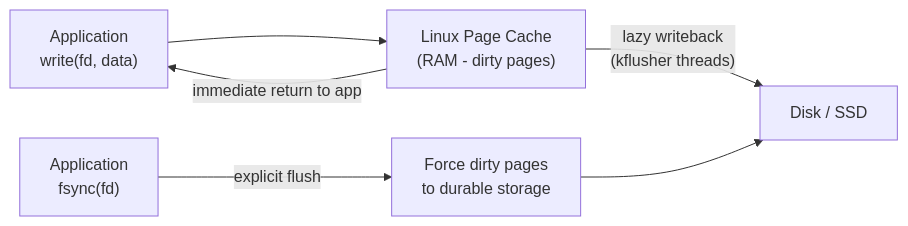
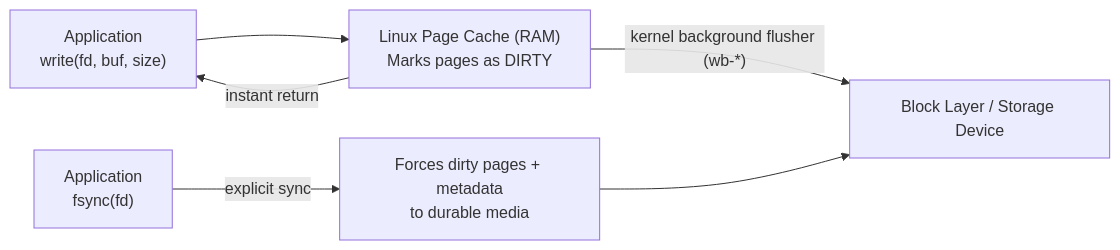
Diagram 14 of 16 in Backend-engineering/2-Communication-patterns/2-Async-and-Sync-Execution/1.Async-Sync-Execution.md (Patel-Neel-346/Notes), drawn with Mermaid before and after one commit. The commit also changed other lines of this file and 1 other file, not shown here.

````diff
--- a/Backend-engineering/2-Communication-patterns/2-Async-and-Sync-Execution/1.Async-Sync-Execution.md
+++ b/Backend-engineering/2-Communication-patterns/2-Async-and-Sync-Execution/1.Async-Sync-Execution.md
@@ -1096,8 +1093,8 @@
 ```mermaid
 flowchart LR
-    APP["Application\nwrite(fd, data)"] --> PC["Linux Page Cache\n(RAM - dirty pages)"]
-    PC -->|"immediate return to app"| APP
-    PC -->|"lazy writeback\n(kflusher threads)"| DISK["Disk / SSD"]
-    APP2["Application\nfsync(fd)"] -->|"explicit flush"| FORCE["Force dirty pages\nto durable storage"]
-    FORCE --> DISK
+    APP["Application\nwrite(fd, buf, size)"] --> PC["Linux Page Cache (RAM)\nMarks pages as DIRTY"]
+    PC -->|"instant return"| APP
+    PC -->|"kernel background flusher (wb-*)"| DISK["Block Layer / Storage Device"]
+    APP2["Application\nfsync(fd)"] -->|"explicit sync"| FLUSH["Forces dirty pages + metadata\nto durable media"]
+    FLUSH --> DISK
 ```
````
